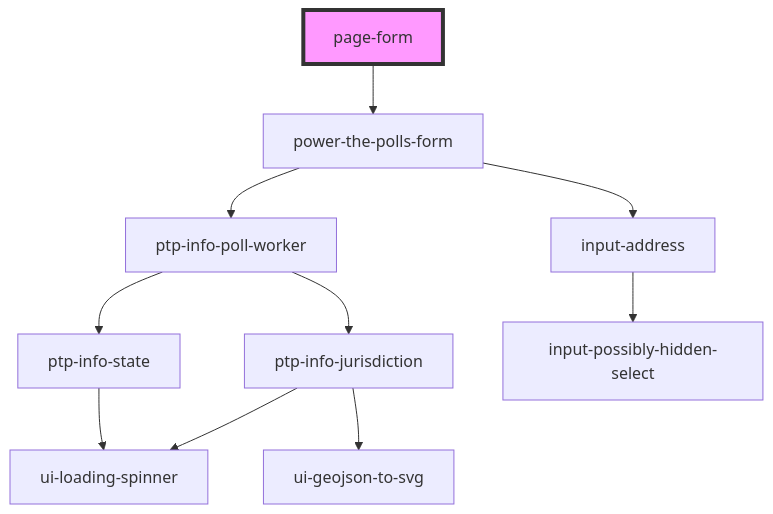
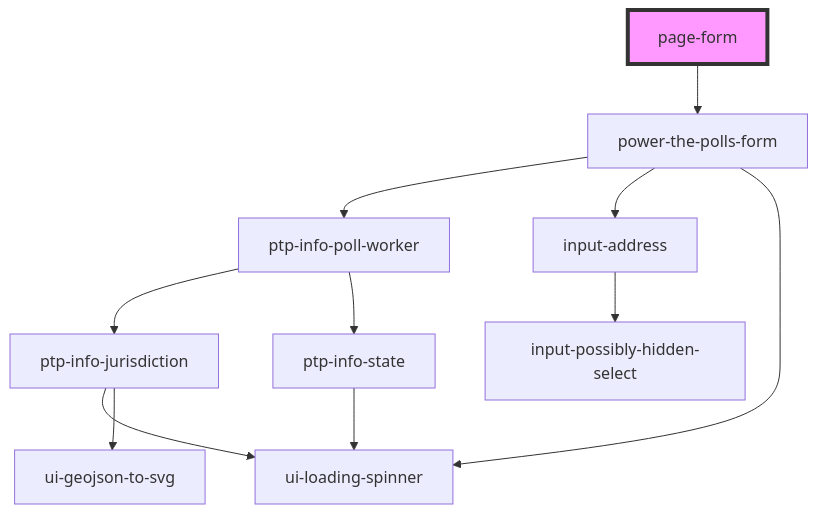
The diagram in site/src/components/page-form/readme.md (pizza-to-the-polls/power-the-polls), drawn with Mermaid before and after one commit. The commit also changed 15 other files, not shown here.

````diff
--- a/site/src/components/page-form/readme.md
+++ b/site/src/components/page-form/readme.md
@@ -22,13 +22,14 @@
 ```mermaid
 graph TD;
   page-form --> power-the-polls-form
   power-the-polls-form --> ptp-info-poll-worker
   power-the-polls-form --> input-address
+  power-the-polls-form --> ui-loading-spinner
   ptp-info-poll-worker --> ptp-info-jurisdiction
   ptp-info-poll-worker --> ptp-info-state
   ptp-info-jurisdiction --> ui-loading-spinner
   ptp-info-jurisdiction --> ui-geojson-to-svg
   ptp-info-state --> ui-loading-spinner
   input-address --> input-possibly-hidden-select
   style page-form fill:#f9f,stroke:#333,stroke-width:4px
 ```
````
